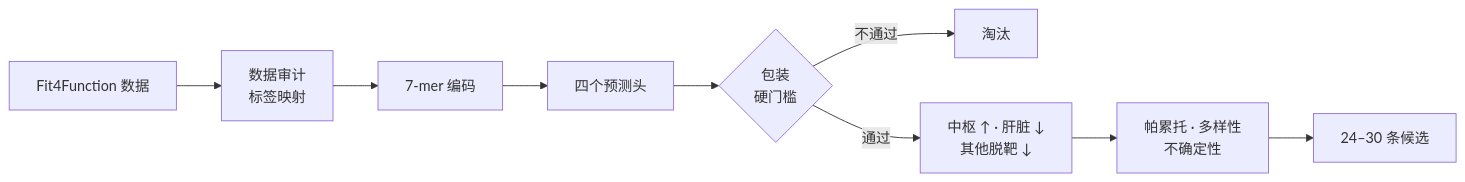
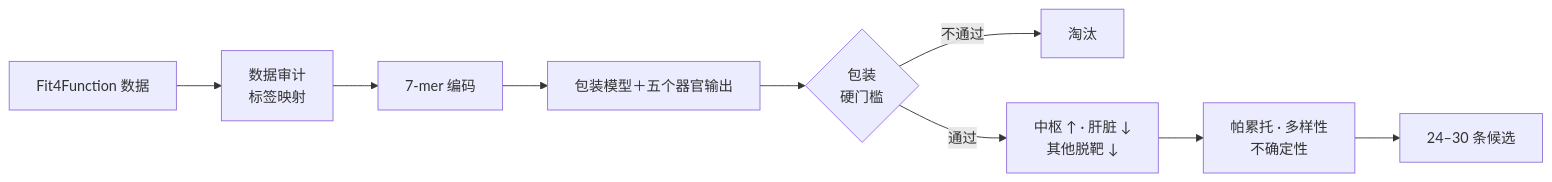
One commit to stephenovo/LIFS-Comp_AAV9 changed the diagram in README.zh-CN.md. Above: the diagram before and after it, drawn with Mermaid. The commit also changed other lines of this file and 13 other files, not shown here.

````diff
--- a/README.zh-CN.md
+++ b/README.zh-CN.md
@@ -55,11 +55,11 @@
 ```mermaid
 flowchart LR
     A["Fit4Function 数据"] --> B["数据审计\n标签映射"]
     B --> C["7-mer 编码"]
-    C --> D["四个预测头"]
+    C --> D["包装模型＋五个器官输出"]
     D --> E{"包装\n硬门槛"}
     E -->|不通过| X["淘汰"]
     E -->|通过| F["中枢 ↑ · 肝脏 ↓\n其他脱靶 ↓"]
     F --> G["帕累托 · 多样性\n不确定性"]
     G --> H["24–30 条候选"]
 ```
````
